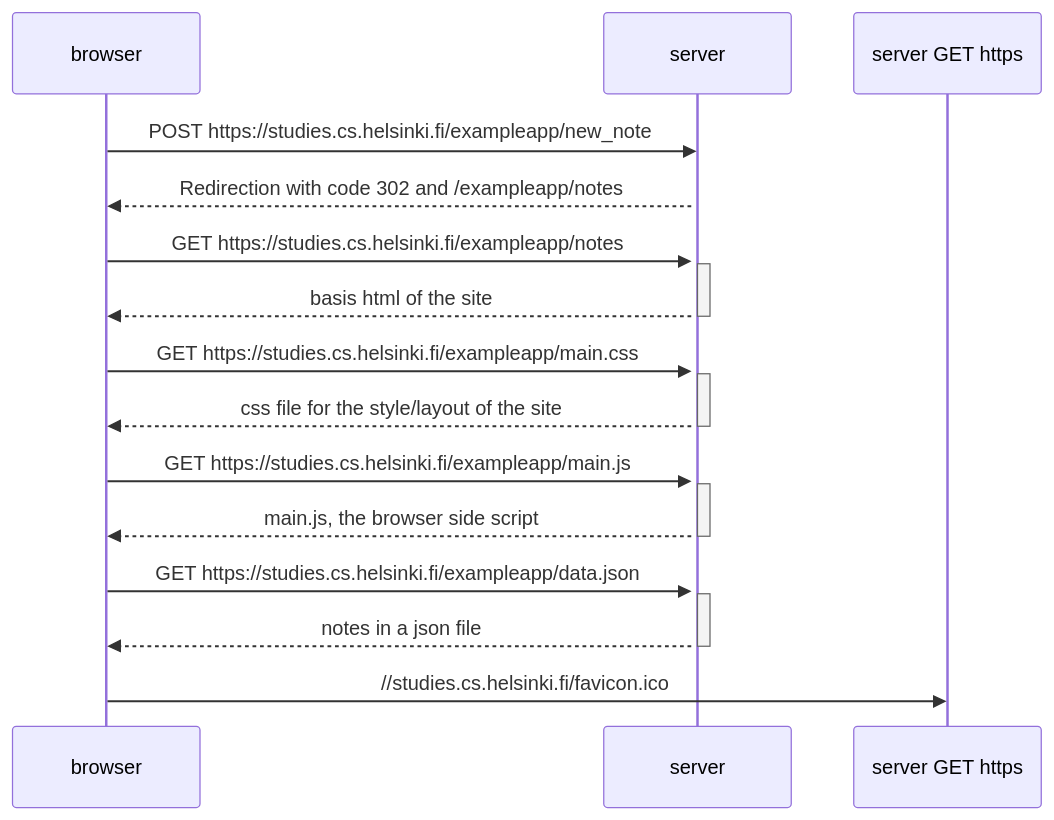
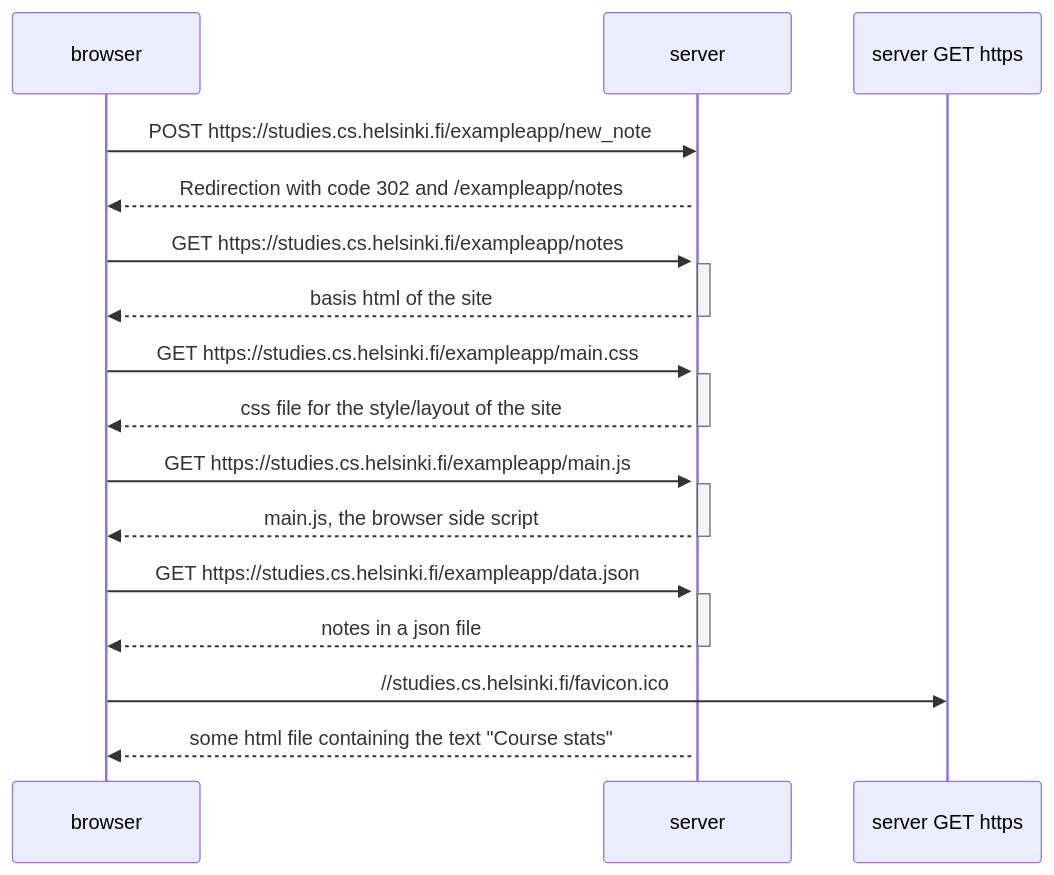
The diagram in osa0/seq.md (lxhelmer/fullstackopen), drawn with Mermaid before and after one commit.

````diff
--- a/osa0/seq.md
+++ b/osa0/seq.md
@@ -1,32 +1,33 @@
 ```mermaid
 sequenceDiagram
 	participant browser
 	participant server
 
 	browser->>server: POST https://studies.cs.helsinki.fi/exampleapp/new_note
 	activate server
 	server-->>browser: Redirection with code 302 and /exampleapp/notes
 
 	browser->>server: GET https://studies.cs.helsinki.fi/exampleapp/notes
 	activate server
 	server-->>browser: basis html of the site
 	deactivate server
 
 	browser->>server: GET https://studies.cs.helsinki.fi/exampleapp/main.css
     	activate server
     	server-->>browser: css file for the style/layout of the site
     	deactivate server
     
     	browser->>server: GET https://studies.cs.helsinki.fi/exampleapp/main.js
     	activate server
     	server-->>browser: main.js, the browser side script
     	deactivate server
 
 	browser->>server: GET https://studies.cs.helsinki.fi/exampleapp/data.json
 	activate server
 	server-->>browser: notes in a json file
 	deactivate server
 
 	browser->>server GET https://studies.cs.helsinki.fi/favicon.ico
 	activate server 
+	server-->>browser: some html file containing the text "Course stats"
 ```
````
